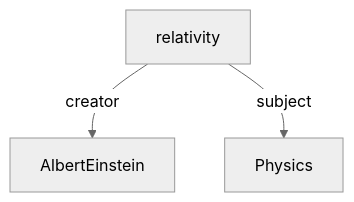
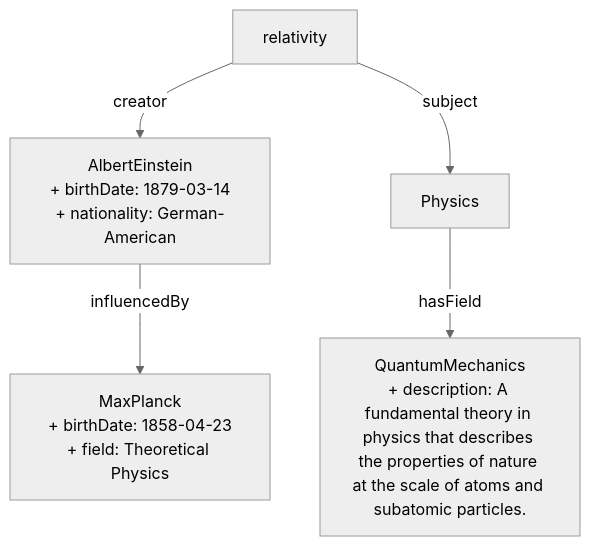
The diagram in content/relativity.md (heidingaway/heidi2), drawn with Mermaid (neutral theme) before and after one commit.

Commit message:
Quartz sync: Aug 1, 2025, 9:55 AM

````diff
--- a/content/relativity.md
+++ b/content/relativity.md
@@ -24,9 +24,12 @@
 ```mermaid
 graph TD
   relativity["relativity"]
+  AlbertEinstein["AlbertEinstein<br>+ birthDate: 1879-03-14<br>+ nationality: German-American"]
   relativity-->|" creator "|AlbertEinstein
-  AlbertEinstein["AlbertEinstein"]
+  Physics["Physics"]
   relativity-->|" subject "|Physics
-  Physics["Physics"]
-
+  QuantumMechanics["QuantumMechanics<br>+ description: A fundamental theory in physics that describes the properties of nature at the scale of atoms and subatomic particles."]
+  Physics-->|" hasField "|QuantumMechanics
+  MaxPlanck["MaxPlanck<br>+ birthDate: 1858-04-23<br>+ field: Theoretical Physics"]
+  AlbertEinstein-->|" influencedBy "|MaxPlanck
 ```
````
